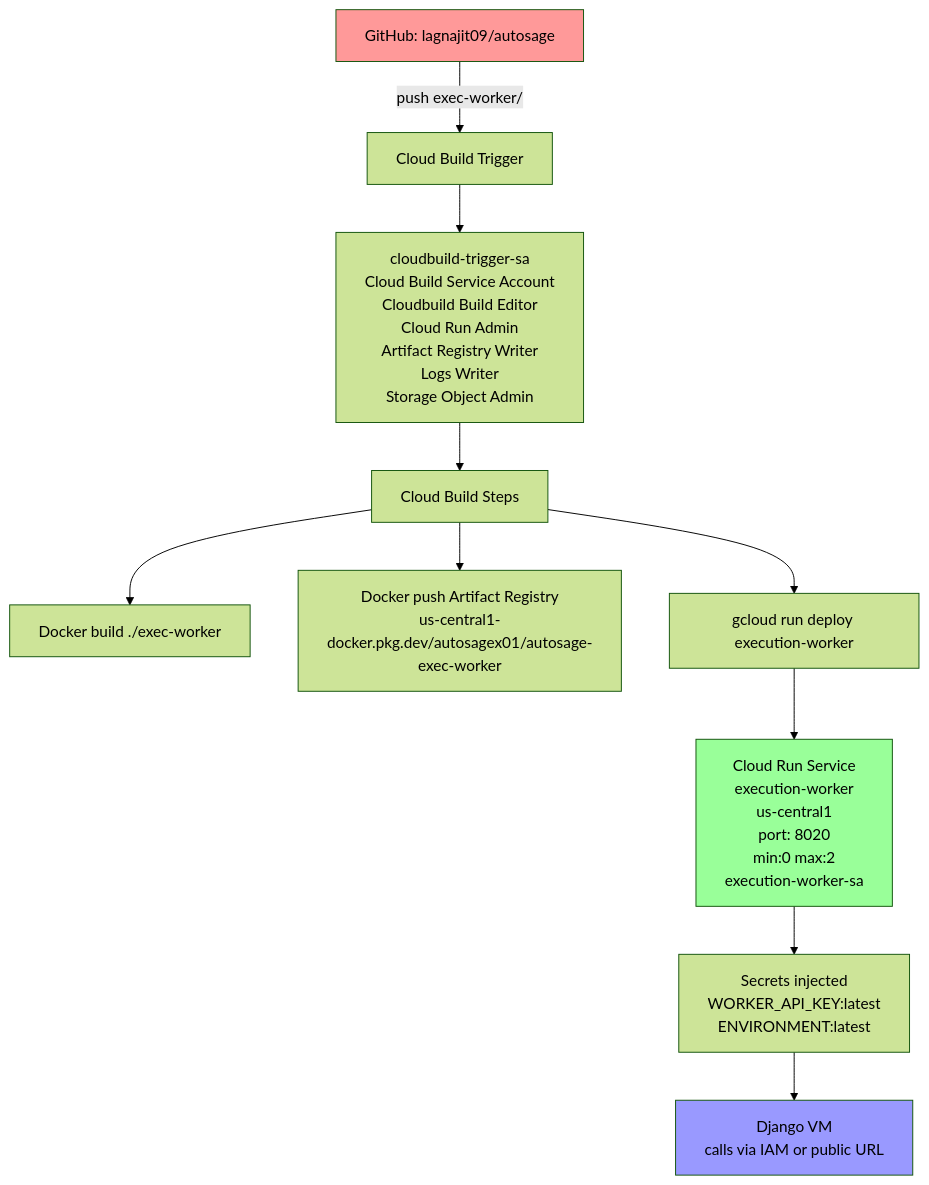
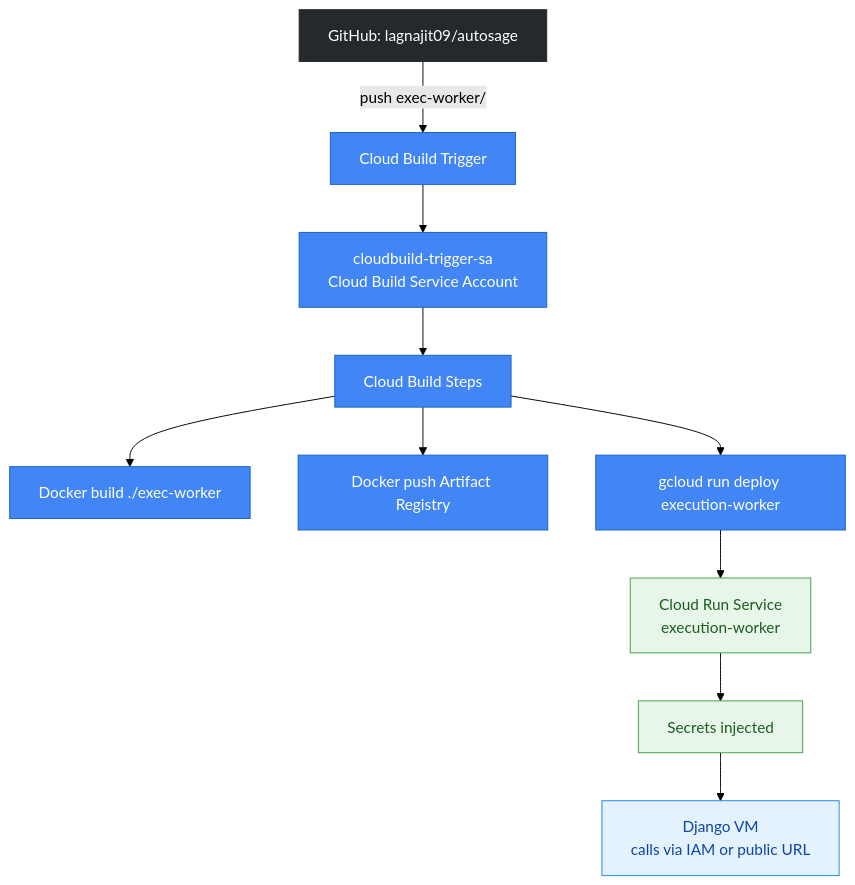
One commit to Lagnajit09/autosage changed the diagram in architecture/worker.architecture.md. Above: the diagram before and after it, drawn with Mermaid (forest theme). The commit also changed other lines of this file and 3 other files, not shown here.

Commit message:
updt: architecture diagrams

````diff
--- a/architecture/worker.architecture.md
+++ b/architecture/worker.architecture.md
@@ -17,16 +13,17 @@
 ```mermaid
 graph TD
-    A[GitHub: lagnajit09/autosage] -->|push exec-worker/| B[Cloud Build Trigger]
-    B --> C[cloudbuild-trigger-sa<br/>Cloud Build Service Account<br/>Cloudbuild Build Editor<br/>Cloud Run Admin<br/>Artifact Registry Writer<br/>Logs Writer<br/>Storage Object Admin]
-    C --> D[Cloud Build Steps]
-    D --> E1[Docker build ./exec-worker]
-    D --> E2[Docker push Artifact Registry<br/>us-central1-docker.pkg.dev/autosagex01/autosage-exec-worker]
-    D --> E3[gcloud run deploy execution-worker]
-    E3 --> F[Cloud Run Service<br/>execution-worker<br/>us-central1<br/>port: 8020<br/>min:0 max:2<br/>execution-worker-sa]
-    F --> G[Secrets injected<br/>WORKER_API_KEY:latest<br/>ENVIRONMENT:latest]
-    G --> H[Django VM<br/>calls via IAM or public URL]
+    classDef github fill:#24292e,stroke:#24292e,color:#fff
+    classDef gcp fill:#4285f4,stroke:#1565c0,color:#fff
+    classDef worker fill:#e8f5e9,stroke:#43a047,color:#1b5e20
+    classDef server fill:#e3f2fd,stroke:#1e88e5,color:#0d47a1
 
-    style A fill:#ff9999
-    style F fill:#99ff99
-    style H fill:#9999ff
+    A[GitHub: lagnajit09/autosage]:::github -->|push exec-worker/| B[Cloud Build Trigger]:::gcp
+    B --> C[cloudbuild-trigger-sa<br/>Cloud Build Service Account]:::gcp
+    C --> D[Cloud Build Steps]:::gcp
+    D --> E1[Docker build ./exec-worker]:::gcp
+    D --> E2[Docker push Artifact Registry]:::gcp
+    D --> E3[gcloud run deploy execution-worker]:::gcp
+    E3 --> F[Cloud Run Service<br/>execution-worker]:::worker
+    F --> G[Secrets injected]:::worker
+    G --> H[Django VM<br/>calls via IAM or public URL]:::server
 ```
````
